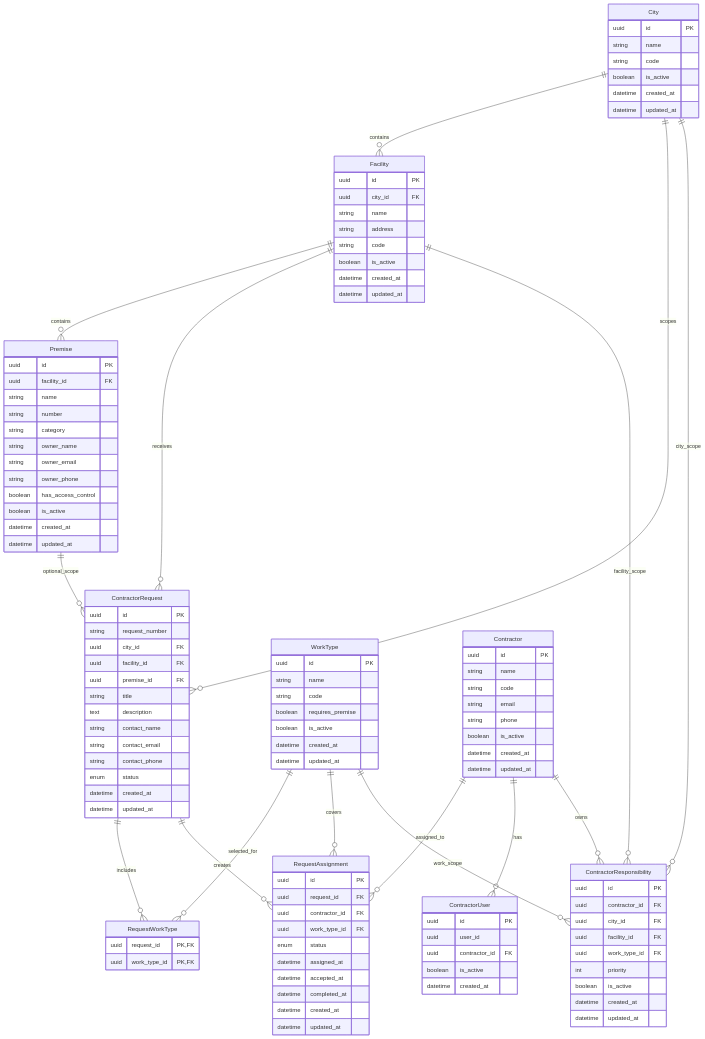
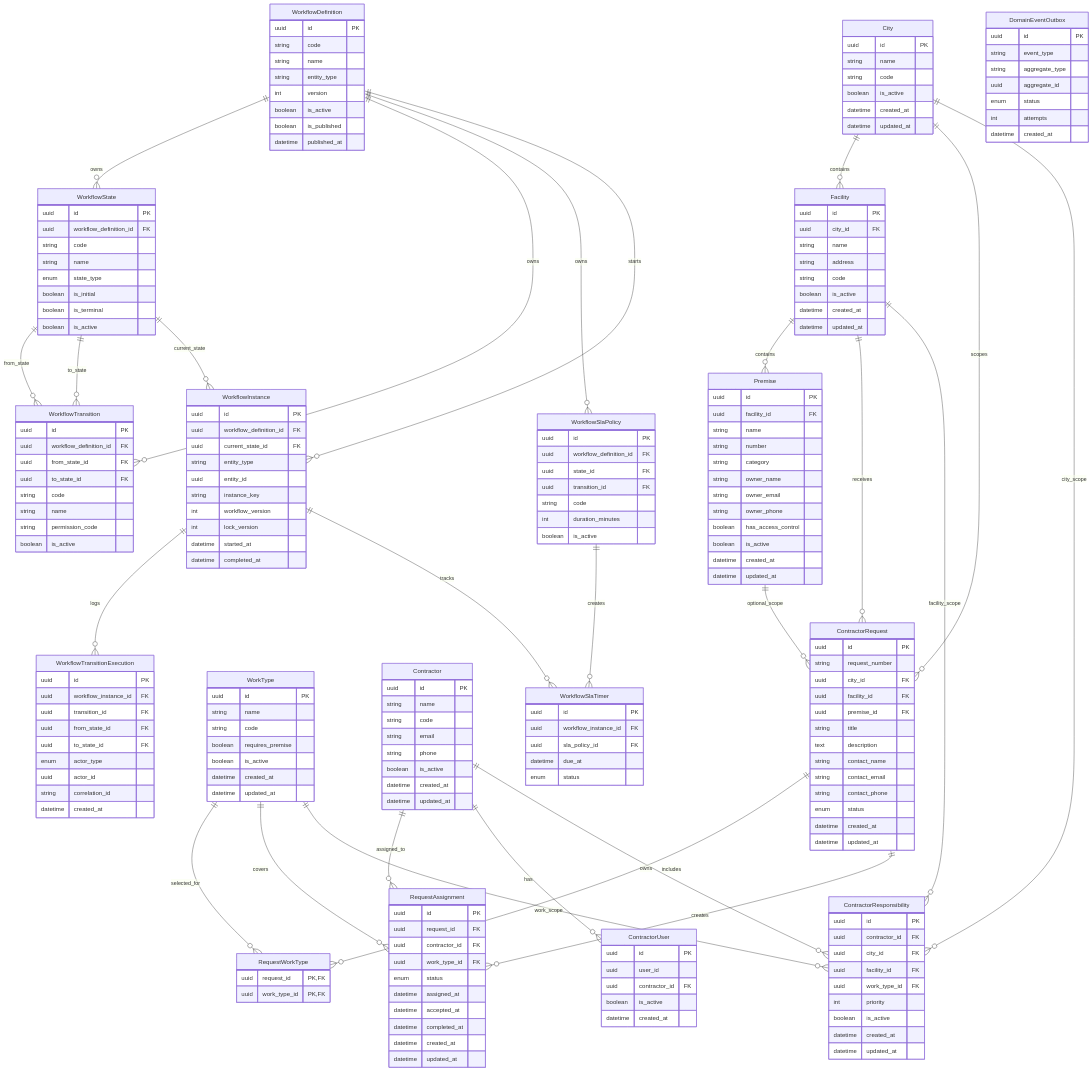
One commit to Villeust/security-platform changed the diagram in docs/ERD.md. Above: the diagram before and after it, drawn with Mermaid. The commit also changed other lines of this file and 19 other files, not shown here.

````diff
--- a/docs/ERD.md
+++ b/docs/ERD.md
@@ -22,6 +22,17 @@
     City ||--o{ ContractorResponsibility : city_scope
     Facility ||--o{ ContractorResponsibility : facility_scope
     WorkType ||--o{ ContractorResponsibility : work_scope
+
+    WorkflowDefinition ||--o{ WorkflowState : owns
+    WorkflowDefinition ||--o{ WorkflowTransition : owns
+    WorkflowDefinition ||--o{ WorkflowSlaPolicy : owns
+    WorkflowDefinition ||--o{ WorkflowInstance : starts
+    WorkflowState ||--o{ WorkflowTransition : from_state
+    WorkflowState ||--o{ WorkflowTransition : to_state
+    WorkflowState ||--o{ WorkflowInstance : current_state
+    WorkflowInstance ||--o{ WorkflowTransitionExecution : logs
+    WorkflowInstance ||--o{ WorkflowSlaTimer : tracks
+    WorkflowSlaPolicy ||--o{ WorkflowSlaTimer : creates
 
     City {
         uuid id PK
@@ -132,4 +143,90 @@
         boolean is_active
         datetime created_at
     }
+
+    WorkflowDefinition {
+        uuid id PK
+        string code
+        string name
+        string entity_type
+        int version
+        boolean is_active
+        boolean is_published
+        datetime published_at
+    }
+
+    WorkflowState {
+        uuid id PK
+        uuid workflow_definition_id FK
+        string code
+        string name
+        enum state_type
+        boolean is_initial
+        boolean is_terminal
+        boolean is_active
+    }
+
+    WorkflowTransition {
+        uuid id PK
+        uuid workflow_definition_id FK
+        uuid from_state_id FK
+        uuid to_state_id FK
+        string code
+        string name
+        string permission_code
+        boolean is_active
+    }
+
+    WorkflowInstance {
+        uuid id PK
+        uuid workflow_definition_id FK
+        uuid current_state_id FK
+        string entity_type
+        uuid entity_id
+        string instance_key
+        int workflow_version
+        int lock_version
+        datetime started_at
+        datetime completed_at
+    }
+
+    WorkflowTransitionExecution {
+        uuid id PK
+        uuid workflow_instance_id FK
+        uuid transition_id FK
+        uuid from_state_id FK
+        uuid to_state_id FK
+        enum actor_type
+        uuid actor_id
+        string correlation_id
+        datetime created_at
+    }
+
+    WorkflowSlaPolicy {
+        uuid id PK
+        uuid workflow_definition_id FK
+        uuid state_id FK
+        uuid transition_id FK
+        string code
+        int duration_minutes
+        boolean is_active
+    }
+
+    WorkflowSlaTimer {
+        uuid id PK
+        uuid workflow_instance_id FK
+        uuid sla_policy_id FK
+        datetime due_at
+        enum status
+    }
+
+    DomainEventOutbox {
+        uuid id PK
+        string event_type
+        string aggregate_type
+        uuid aggregate_id
+        enum status
+        int attempts
+        datetime created_at
+    }
 ```
````
